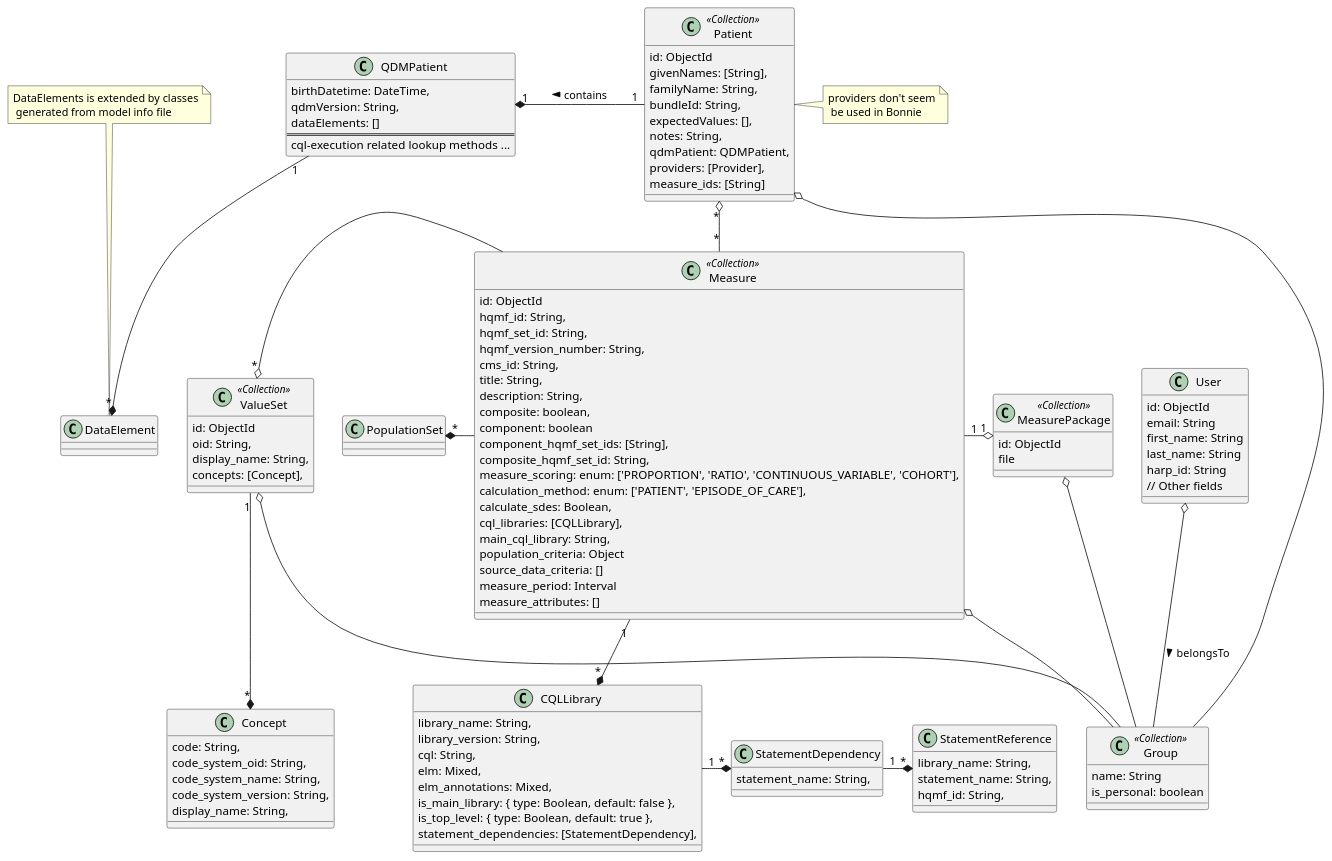
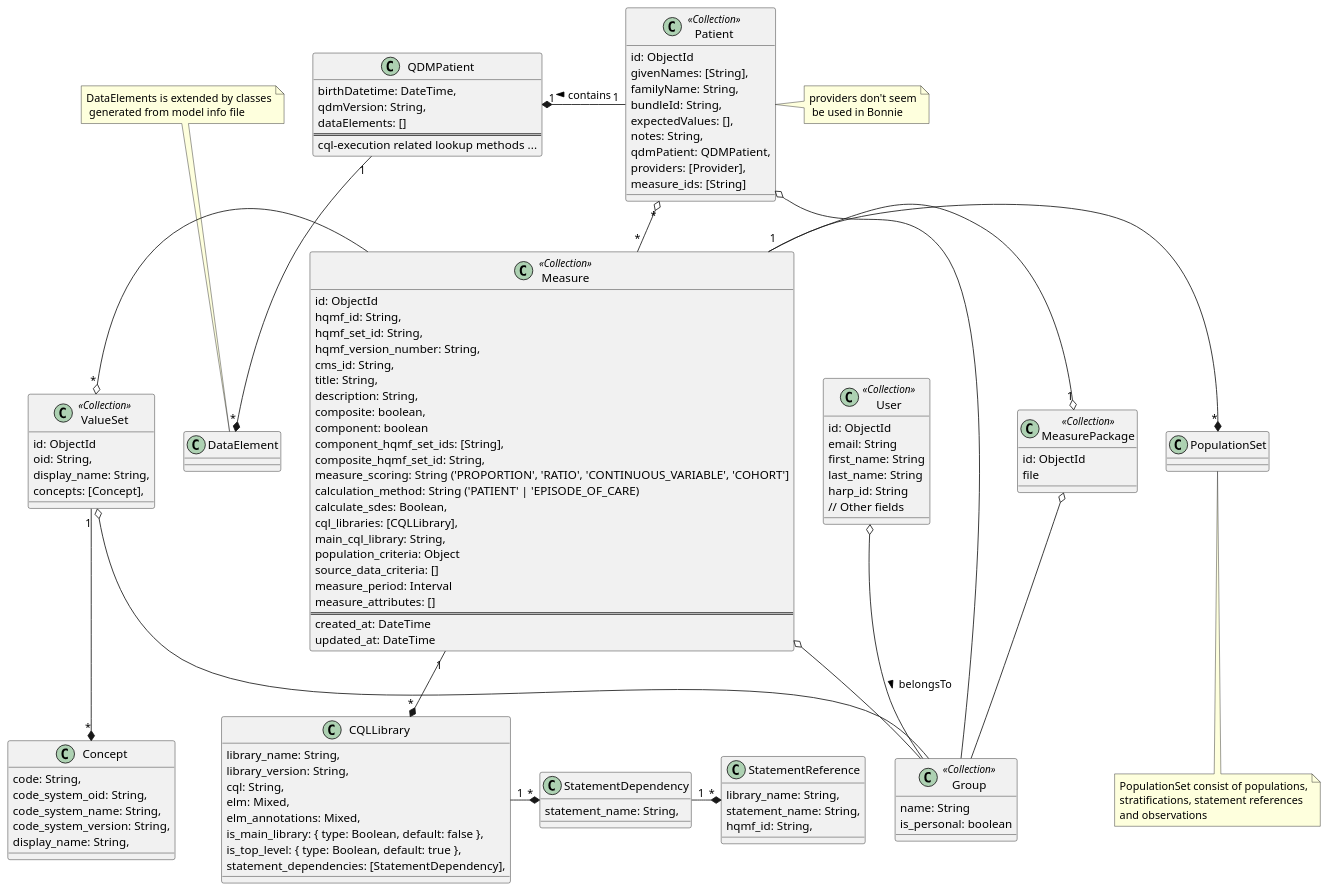
Before and after one commit to serhii-ilin/diagrams_and_docs: the diagram in bonnie_qdm_model.plantuml, drawn with PlantUML. The commit also changed 5 other files, not shown here.

```diff
--- a/bonnie_qdm_model.plantuml
+++ b/bonnie_qdm_model.plantuml
@@ -1,134 +1,143 @@
-@startuml QDM Model
+@startuml QDM Bonnie Model
 
 class QDMPatient {
      birthDatetime: DateTime,
      qdmVersion: String,
      dataElements: []
      ==
      {method} cql-execution related lookup methods ...
 }
 
 class Patient <<Collection>> {
     id: ObjectId
     givenNames: [String],
     familyName: String,
     bundleId: String,
     expectedValues: [],
     notes: String,
     qdmPatient: QDMPatient,
     providers: [Provider],
     measure_ids: [String]
 }
 
 note right: providers don't seem\n be used in Bonnie
 
 class Measure <<Collection>> {
     id: ObjectId
     hqmf_id: String,
     hqmf_set_id: String,
     hqmf_version_number: String,
     cms_id: String,
     title: String,
     description: String,
     composite: boolean,
     component: boolean
     component_hqmf_set_ids: [String],
     composite_hqmf_set_id: String,
-    measure_scoring: enum: ['PROPORTION', 'RATIO', 'CONTINUOUS_VARIABLE', 'COHORT'],
-    calculation_method: enum: ['PATIENT', 'EPISODE_OF_CARE'],
+    measure_scoring: String ('PROPORTION', 'RATIO', 'CONTINUOUS_VARIABLE', 'COHORT']
+    calculation_method: String ('PATIENT' | 'EPISODE_OF_CARE)
     calculate_sdes: Boolean,
     cql_libraries: [CQLLibrary],
     main_cql_library: String,
     population_criteria: Object
     source_data_criteria: []
     measure_period: Interval
     measure_attributes: []
+    ==
+    created_at: DateTime
+    updated_at: DateTime
 }
 
 class PopulationSet {
 }
+
+note bottom of "PopulationSet"
+ PopulationSet consist of populations,
+ stratifications, statement references
+ and observations
+end note
 
 class MeasurePackage <<Collection>> {
     id: ObjectId
     file
 }
 
 class ValueSet <<Collection>> {
     id: ObjectId
     oid: String,
     display_name: String,
     concepts: [Concept],
 }
 
 class Concept {
   code: String,
   code_system_oid: String,
   code_system_name: String,
   code_system_version: String,
   display_name: String,
 }
 
 class CQLLibrary {
     library_name: String,
     library_version: String,
     cql: String,
     elm: Mixed,
     elm_annotations: Mixed,
     is_main_library: { type: Boolean, default: false },
     is_top_level: { type: Boolean, default: true },
     statement_dependencies: [StatementDependency],
 }
 
 class StatementDependency {
     statement_name: String,
 }
 
 class StatementReference {
   library_name: String,
   statement_name: String,
   hqmf_id: String,
 }
 
 QDMPatient "1" *- "1" Patient : < contains
 
 Patient "*" o-down- "*" Measure
 
 PopulationSet "*" *- Measure
 
 ValueSet "*" o- Measure
 
 Concept "*" *-up- "1" ValueSet
 
 Measure "1" -o "1" MeasurePackage
 
 DataElement  "*" *-up- "1" QDMPatient
 
 note "DataElements is extended by classes\n generated from model info file" as dln
 dln .down.  DataElement
 
 CQLLibrary "*" *-up- "1" Measure
 
 StatementDependency "*" *-left- "1" CQLLibrary
 StatementReference "*" *-left- "1" StatementDependency
 
-class User {
+class User <<Collection>> {
     id: ObjectId
     email: String
     first_name: String
     last_name: String
     harp_id: String
     // Other fields
 }
 
 class Group <<Collection>> {
     name: String
     is_personal: boolean
 }
 
 Measure o-- Group
 Patient o-- Group
 MeasurePackage o-- Group
 ValueSet o-- Group
 User o-- Group: > belongsTo
 
 @enduml
```
